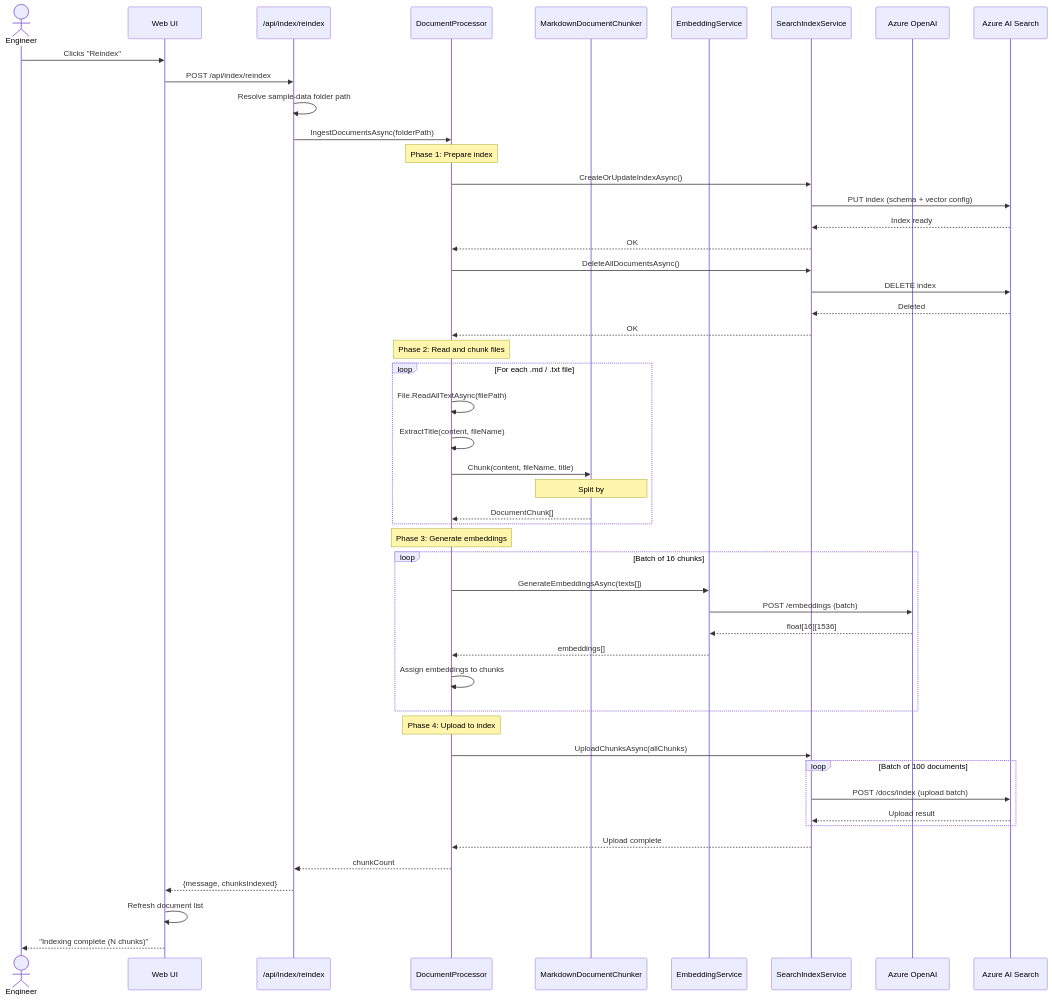
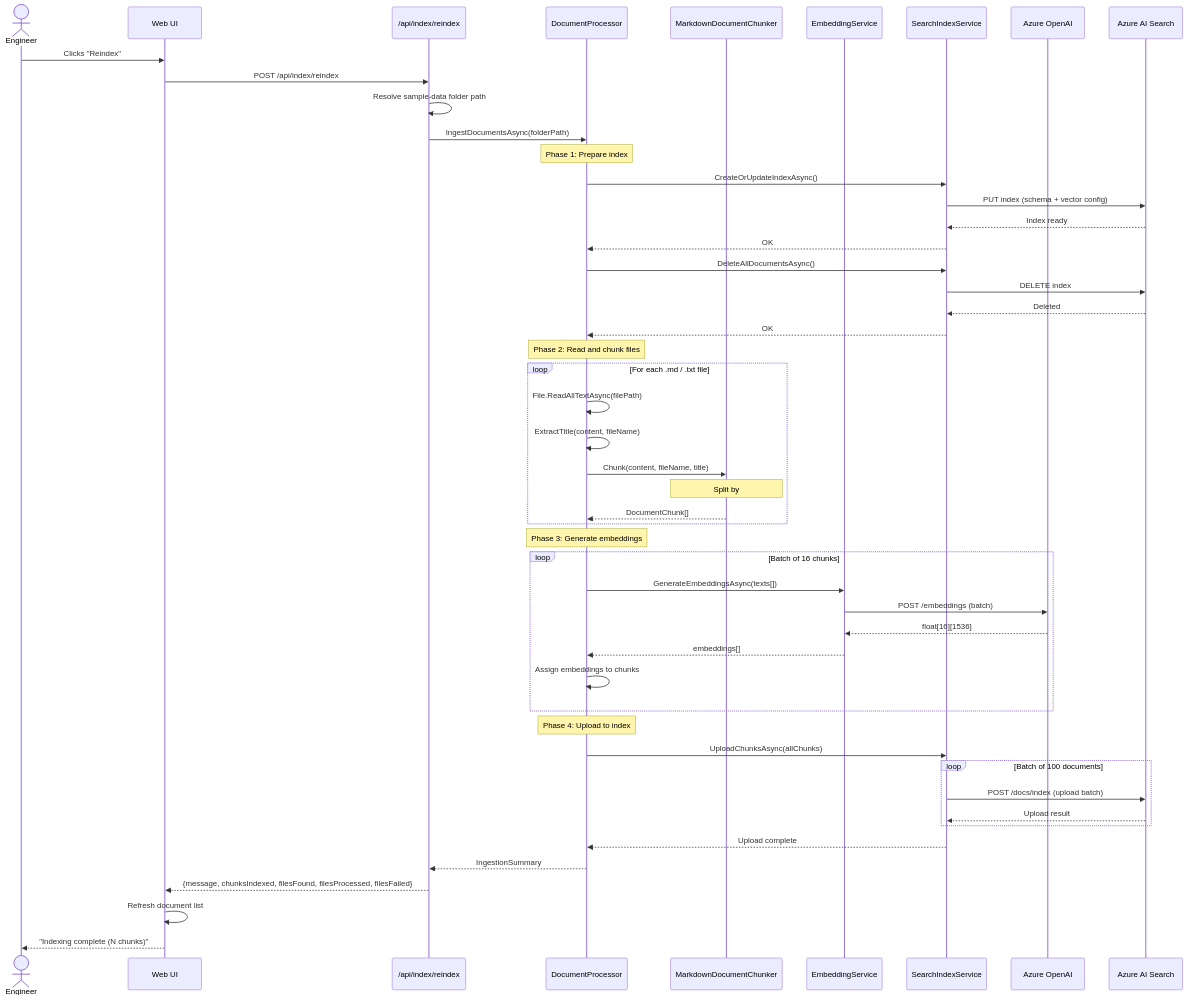
The diagram in docs/architecture/07-ingestion-sequence.md (artemsemdev/Azure-RAG-Navigator), drawn with Mermaid before and after one commit. The commit also changed 6 other files, not shown here.

````diff
--- a/docs/architecture/07-ingestion-sequence.md
+++ b/docs/architecture/07-ingestion-sequence.md
@@ -9,60 +9,60 @@
 ```mermaid
 sequenceDiagram
     actor User as Engineer
     participant UI as Web UI
     participant API as /api/index/reindex
     participant DP as DocumentProcessor
     participant CH as MarkdownDocumentChunker
     participant ES as EmbeddingService
     participant IS as SearchIndexService
     participant AOAI as Azure OpenAI
     participant AIS as Azure AI Search
 
     User->>UI: Clicks "Reindex"
     UI->>API: POST /api/index/reindex
     API->>API: Resolve sample-data folder path
 
     API->>DP: IngestDocumentsAsync(folderPath)
 
     Note over DP: Phase 1: Prepare index
     DP->>IS: CreateOrUpdateIndexAsync()
     IS->>AIS: PUT index (schema + vector config)
     AIS-->>IS: Index ready
     IS-->>DP: OK
 
     DP->>IS: DeleteAllDocumentsAsync()
     IS->>AIS: DELETE index
     AIS-->>IS: Deleted
     IS-->>DP: OK
 
     Note over DP: Phase 2: Read and chunk files
     loop For each .md / .txt file
         DP->>DP: File.ReadAllTextAsync(filePath)
         DP->>DP: ExtractTitle(content, fileName)
         DP->>CH: Chunk(content, fileName, title)
         Note over CH: Split by ## headings<br/>Sub-split large sections<br/>Apply 200-char overlap<br/>Discard < 100 char fragments
         CH-->>DP: DocumentChunk[]
     end
 
     Note over DP: Phase 3: Generate embeddings
     loop Batch of 16 chunks
         DP->>ES: GenerateEmbeddingsAsync(texts[])
         ES->>AOAI: POST /embeddings (batch)
         AOAI-->>ES: float[16][1536]
         ES-->>DP: embeddings[]
         DP->>DP: Assign embeddings to chunks
     end
 
     Note over DP: Phase 4: Upload to index
     DP->>IS: UploadChunksAsync(allChunks)
     loop Batch of 100 documents
         IS->>AIS: POST /docs/index (upload batch)
         AIS-->>IS: Upload result
     end
     IS-->>DP: Upload complete
 
-    DP-->>API: chunkCount
-    API-->>UI: {message, chunksIndexed}
+    DP-->>API: IngestionSummary
+    API-->>UI: {message, chunksIndexed, filesFound, filesProcessed, filesFailed}
     UI->>UI: Refresh document list
     UI-->>User: "Indexing complete (N chunks)"
 ```
````
